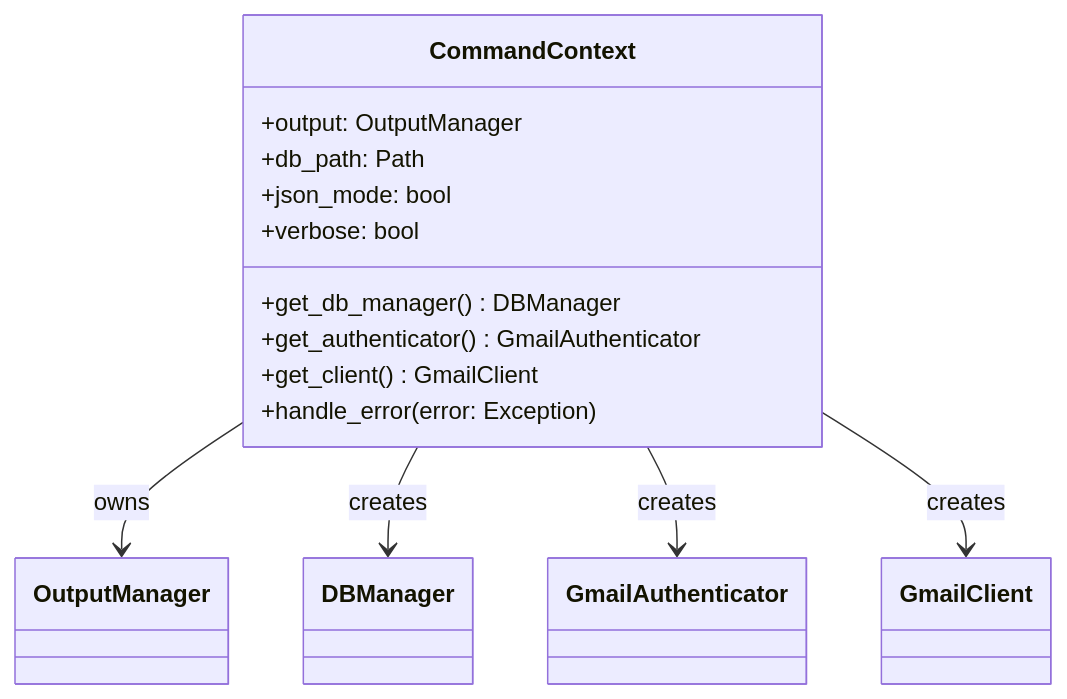
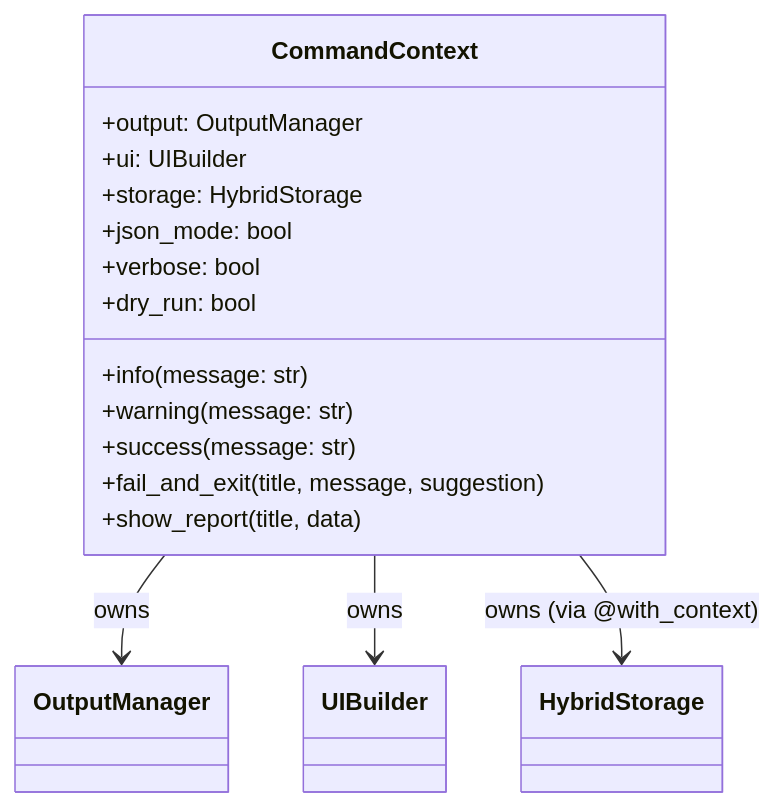
One commit to tumma72/GMailArchiver changed the third of 7 diagrams in src/gmailarchiver/cli/ARCHITECTURE.md. Above: the diagram before and after it, drawn with Mermaid. The commit also changed other lines of this file and 81 other files, not shown here.

````diff
--- a/src/gmailarchiver/cli/ARCHITECTURE.md
+++ b/src/gmailarchiver/cli/ARCHITECTURE.md
@@ -92,18 +92,20 @@
 ```mermaid
 classDiagram
     class CommandContext {
         +output: OutputManager
-        +db_path: Path
+        +ui: UIBuilder
+        +storage: HybridStorage
         +json_mode: bool
         +verbose: bool
-        +get_db_manager() DBManager
-        +get_authenticator() GmailAuthenticator
-        +get_client() GmailClient
-        +handle_error(error: Exception)
+        +dry_run: bool
+        +info(message: str)
+        +warning(message: str)
+        +success(message: str)
+        +fail_and_exit(title, message, suggestion)
+        +show_report(title, data)
     }
 
     CommandContext --> OutputManager : owns
-    CommandContext --> DBManager : creates
-    CommandContext --> GmailAuthenticator : creates
-    CommandContext --> GmailClient : creates
+    CommandContext --> UIBuilder : owns
+    CommandContext --> HybridStorage : owns (via @with_context)
 ```
````
